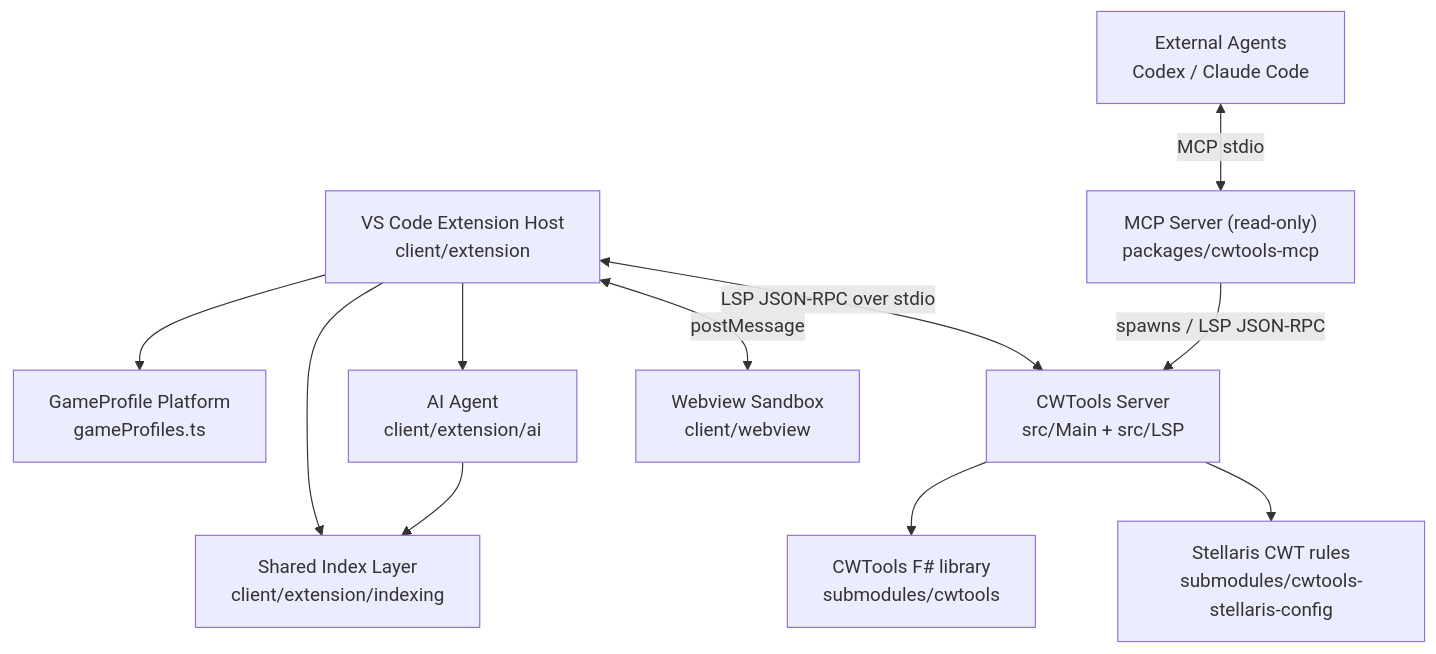
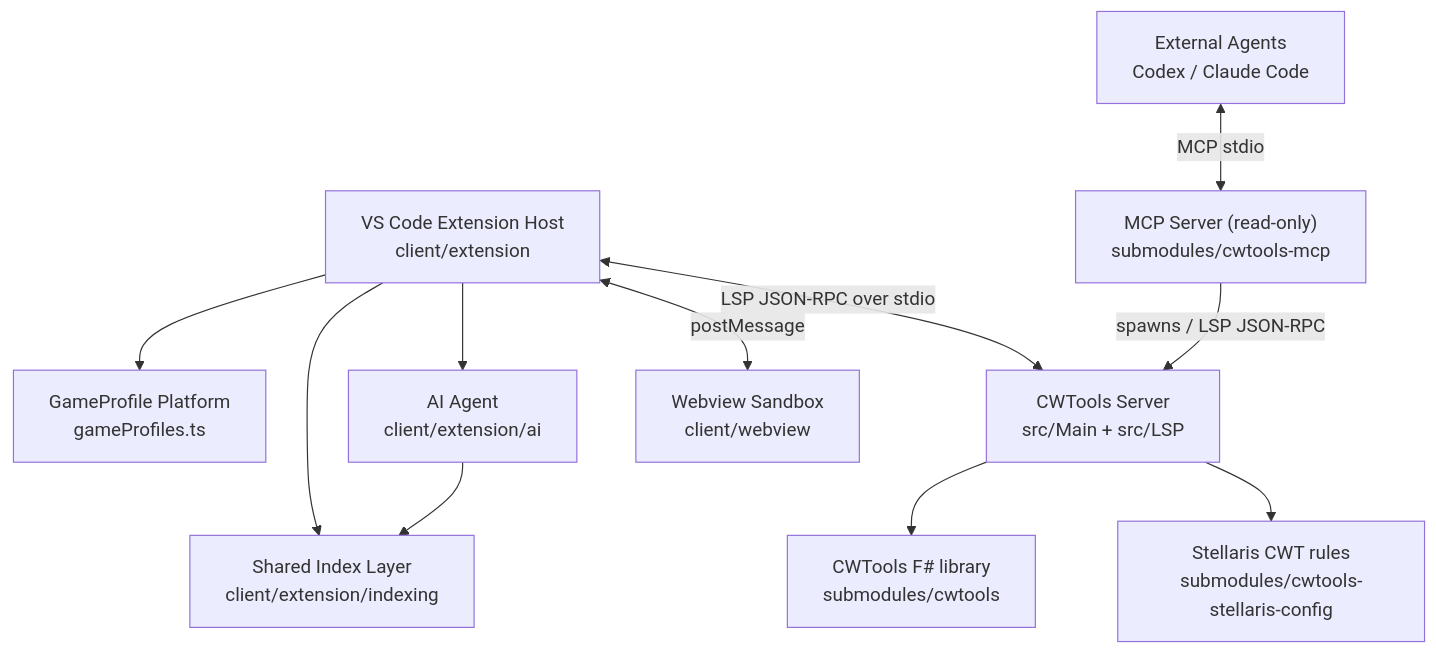
One commit to Aa728848/cwtools-vscode changed the first of 4 diagrams in ARCHITECTURE.md. Above: the diagram before and after it, drawn with Mermaid. The commit also changed other lines of this file and 81 other files, not shown here.

First line of the commit message:
Split MCP server into standalone cwtools-mcp repository (submodule)

````diff
--- a/ARCHITECTURE.md
+++ b/ARCHITECTURE.md
@@ -28,24 +28,24 @@
 ```mermaid
 flowchart TD
     VS["VS Code Extension Host\nclient/extension"]
     GP["GameProfile Platform\ngameProfiles.ts"]
     IDX["Shared Index Layer\nclient/extension/indexing"]
     AI["AI Agent\nclient/extension/ai"]
     WV["Webview Sandbox\nclient/webview"]
     LSP["CWTools Server\nsrc/Main + src/LSP"]
     CW["CWTools F# library\nsubmodules/cwtools"]
     RULES["Stellaris CWT rules\nsubmodules/cwtools-stellaris-config"]
-    MCP["MCP Server (read-only)\npackages/cwtools-mcp"]
+    MCP["MCP Server (read-only)\nsubmodules/cwtools-mcp"]
     EXT["External Agents\nCodex / Claude Code"]
 
     VS --> GP
     VS --> IDX
     VS --> AI
     VS <-->|postMessage| WV
     VS <-->|LSP JSON-RPC over stdio| LSP
     AI --> IDX
     LSP --> CW
     LSP --> RULES
     EXT <-->|MCP stdio| MCP
     MCP -->|spawns / LSP JSON-RPC| LSP
 ```
````
